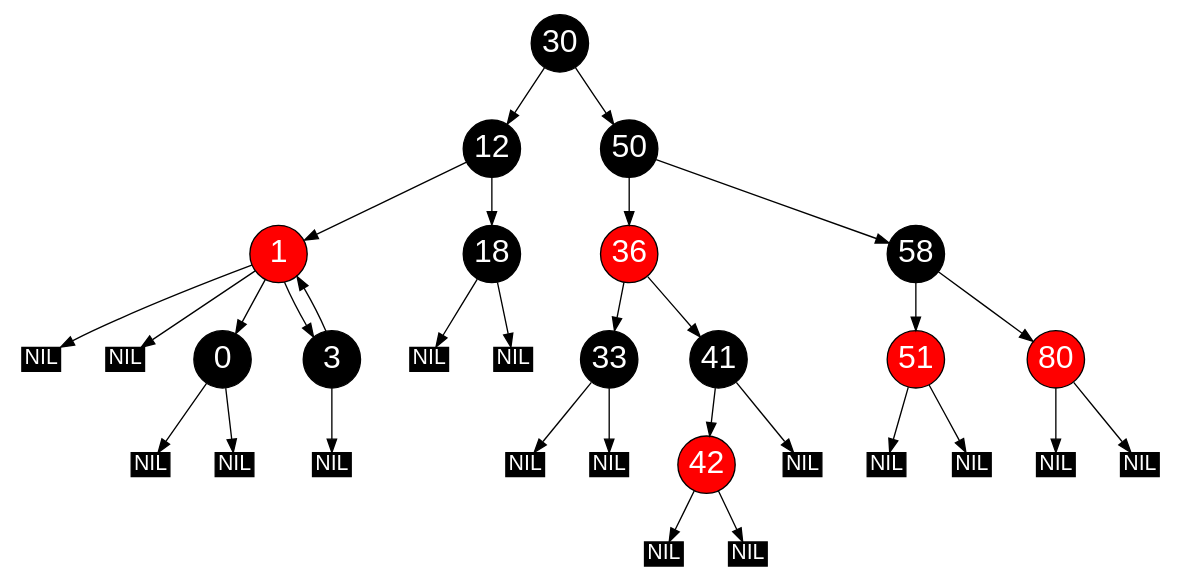
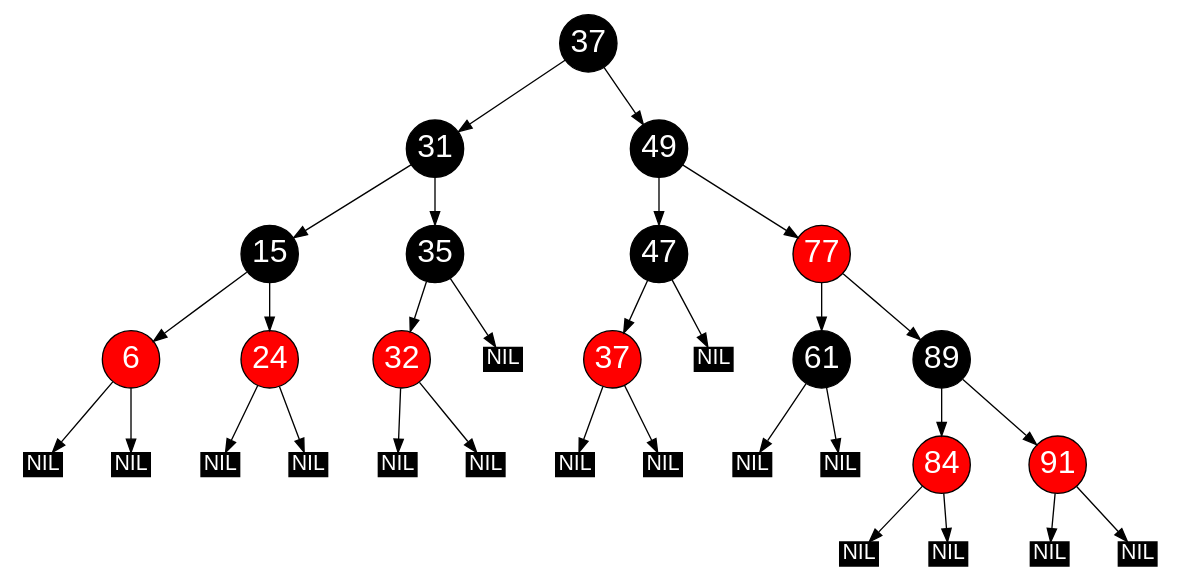
The diagram in wise2025/algorithmen_und_datenstrukturen/testat2/dot_output/tree_15.dot (gbshschmlu/hs_fulda), drawn with Graphviz before and after one commit. The commit also changed 46 other files, not shown here.

```diff
--- a/wise2025/algorithmen_und_datenstrukturen/testat2/dot_output/tree_15.dot
+++ b/wise2025/algorithmen_und_datenstrukturen/testat2/dot_output/tree_15.dot
@@ -1,44 +1,70 @@
 // Red Black Tree
 digraph G {
 	graph [ratio=.48];
 	node [style=filled, color=black, shape=circle, width=.6
 		fontname=Helvetica, fontweight=bold, fontcolor=white,
 		fontsize=24, fixedsize=true];
 
-	1, 1, 36, 42, 51, 80
-	[fillcolor=red];
+	n0 [label="37"];
+	n1 [label="31"];
+	n2 [label="15"];
+	n3 [label="6", fillcolor=red];
+	nil0 [label="NIL", shape=record, width=.4, height=.25, fontsize=16];
+	nil1 [label="NIL", shape=record, width=.4, height=.25, fontsize=16];
+	n4 [label="24", fillcolor=red];
+	nil2 [label="NIL", shape=record, width=.4, height=.25, fontsize=16];
+	nil3 [label="NIL", shape=record, width=.4, height=.25, fontsize=16];
+	n5 [label="35"];
+	n6 [label="32", fillcolor=red];
+	nil4 [label="NIL", shape=record, width=.4, height=.25, fontsize=16];
+	nil5 [label="NIL", shape=record, width=.4, height=.25, fontsize=16];
+	nil6 [label="NIL", shape=record, width=.4, height=.25, fontsize=16];
+	n7 [label="49"];
+	n8 [label="47"];
+	n9 [label="37", fillcolor=red];
+	nil7 [label="NIL", shape=record, width=.4, height=.25, fontsize=16];
+	nil8 [label="NIL", shape=record, width=.4, height=.25, fontsize=16];
+	nil9 [label="NIL", shape=record, width=.4, height=.25, fontsize=16];
+	n10 [label="77", fillcolor=red];
+	n11 [label="61"];
+	nil10 [label="NIL", shape=record, width=.4, height=.25, fontsize=16];
+	nil11 [label="NIL", shape=record, width=.4, height=.25, fontsize=16];
+	n12 [label="89"];
+	n13 [label="84", fillcolor=red];
+	nil12 [label="NIL", shape=record, width=.4, height=.25, fontsize=16];
+	nil13 [label="NIL", shape=record, width=.4, height=.25, fontsize=16];
+	n14 [label="91", fillcolor=red];
+	nil14 [label="NIL", shape=record, width=.4, height=.25, fontsize=16];
+	nil15 [label="NIL", shape=record, width=.4, height=.25, fontsize=16];
 
-	nil0, nil1, nil2, nil3, nil4, nil5, nil6, nil7, nil8, nil9, nil10, nil11, nil12, nil13, nil14, nil15
-	[label="NIL", shape=record, width=.4, height=.25, fontsize=16];
-
-	30 -> 12;
-	12 -> 1;
-	1 -> 0;
-	0 -> nil0;
-	0 -> nil1;
-	1 -> 3;
-	3 -> 1;
-	1 -> nil2;
-	1 -> nil3;
-	3 -> nil4;
-	12 -> 18;
-	18 -> nil5;
-	18 -> nil6;
-	30 -> 50;
-	50 -> 36;
-	36 -> 33;
-	33 -> nil7;
-	33 -> nil8;
-	36 -> 41;
-	41 -> nil9;
-	41 -> 42;
-	42 -> nil10;
-	42 -> nil11;
-	50 -> 58;
-	58 -> 51;
-	51 -> nil12;
-	51 -> nil13;
-	58 -> 80;
-	80 -> nil14;
-	80 -> nil15;
+	n3 -> nil0;
+	n3 -> nil1;
+	n2 -> n3;
+	n4 -> nil2;
+	n4 -> nil3;
+	n2 -> n4;
+	n1 -> n2;
+	n6 -> nil4;
+	n6 -> nil5;
+	n5 -> n6;
+	n5 -> nil6;
+	n1 -> n5;
+	n0 -> n1;
+	n9 -> nil7;
+	n9 -> nil8;
+	n8 -> n9;
+	n8 -> nil9;
+	n7 -> n8;
+	n11 -> nil10;
+	n11 -> nil11;
+	n10 -> n11;
+	n13 -> nil12;
+	n13 -> nil13;
+	n12 -> n13;
+	n14 -> nil14;
+	n14 -> nil15;
+	n12 -> n14;
+	n10 -> n12;
+	n7 -> n10;
+	n0 -> n7;
 }
```
